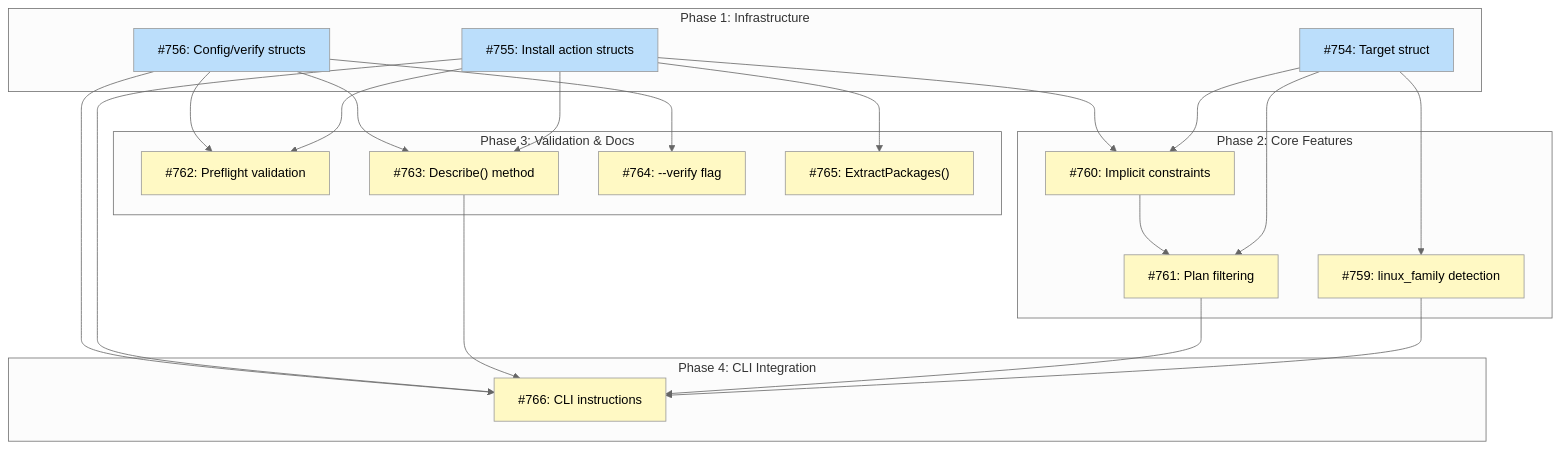
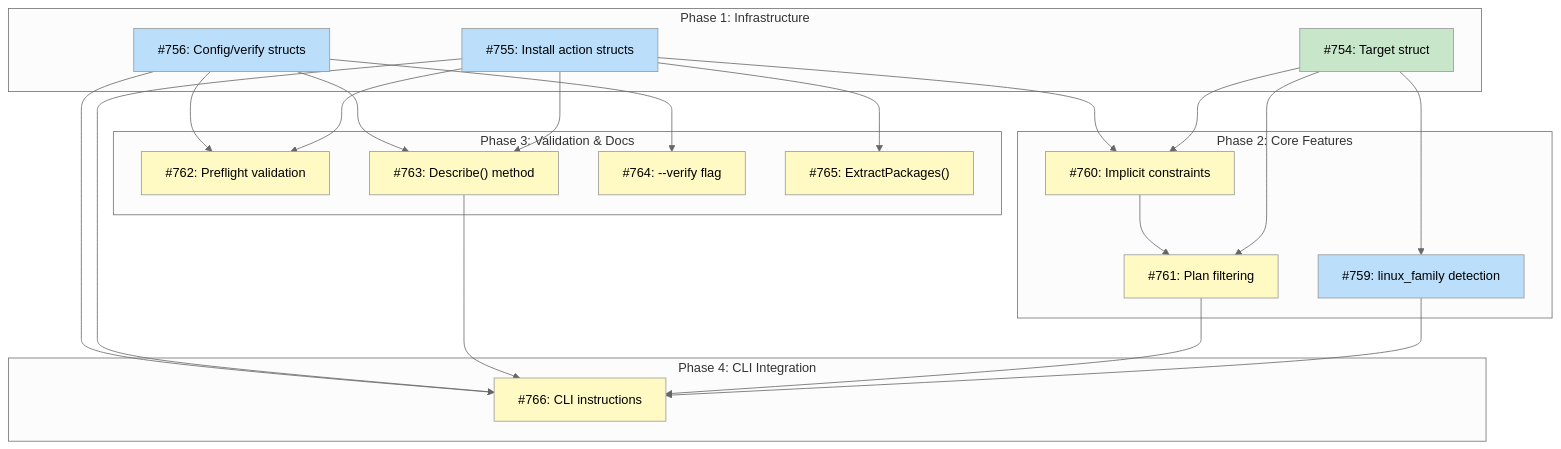
The diagram in docs/DESIGN-system-dependency-actions.md (tsukumogami/tsuku), drawn with Mermaid (neutral theme) before and after one commit. The commit also changed 2 other files, not shown here.

Commit message:
feat(platform): add Target struct for plan generation (#777)
Add Target struct in internal/platform/target.go representing the
platform and Linux family tuple for plan generation. This enables
filtering of package manager actions (apt_install, dnf_install, etc.)
based on the target platform during plan generation.

````diff
--- a/docs/DESIGN-system-dependency-actions.md
+++ b/docs/DESIGN-system-dependency-actions.md
@@ -27,50 +27,51 @@
 ```mermaid
 graph TD
     subgraph Phase1["Phase 1: Infrastructure"]
         I754["#754: Target struct"]
         I755["#755: Install action structs"]
         I756["#756: Config/verify structs"]
     end
 
     subgraph Phase2["Phase 2: Core Features"]
         I759["#759: linux_family detection"]
         I760["#760: Implicit constraints"]
         I761["#761: Plan filtering"]
     end
 
     subgraph Phase3["Phase 3: Validation & Docs"]
         I762["#762: Preflight validation"]
         I763["#763: Describe() method"]
         I764["#764: --verify flag"]
         I765["#765: ExtractPackages()"]
     end
 
     subgraph Phase4["Phase 4: CLI Integration"]
         I766["#766: CLI instructions"]
     end
 
     I754 --> I759
     I754 --> I760
     I755 --> I760
     I754 --> I761
     I760 --> I761
     I755 --> I762
     I756 --> I762
     I755 --> I763
     I756 --> I763
     I756 --> I764
     I755 --> I765
     I759 --> I766
     I761 --> I766
     I763 --> I766
     I755 --> I766
     I756 --> I766
 
     classDef done fill:#c8e6c9
     classDef ready fill:#bbdefb
     classDef blocked fill:#fff9c4
     classDef needsDesign fill:#e1bee7
 
-    class I754,I755,I756 ready
-    class I759,I760,I761,I762,I763,I764,I765,I766 blocked
+    class I754 done
+    class I755,I756,I759 ready
+    class I760,I761,I762,I763,I764,I765,I766 blocked
 ```
````
